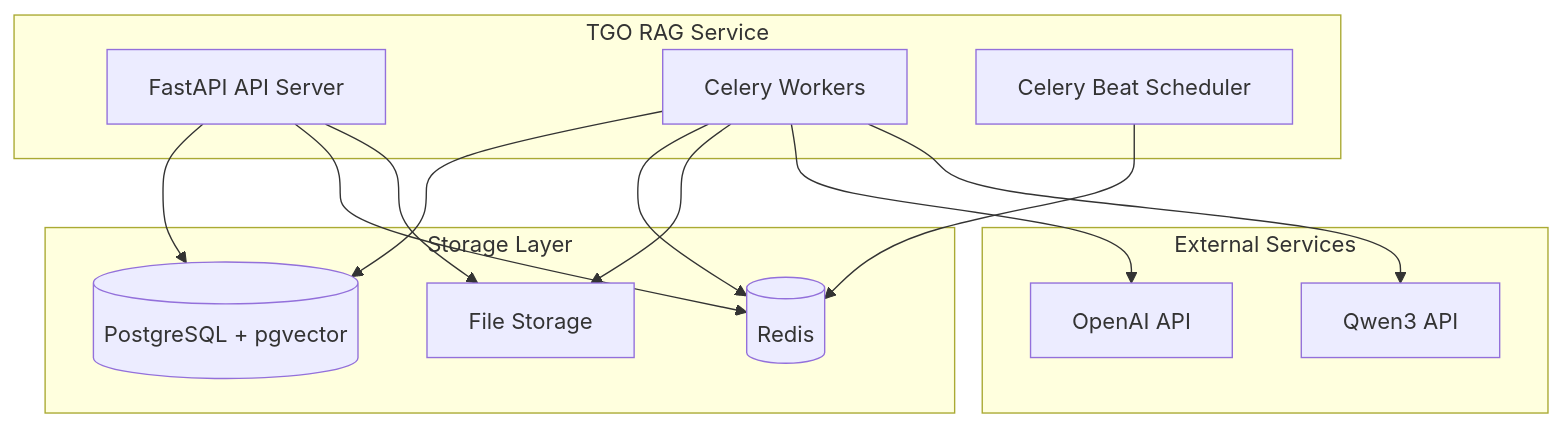
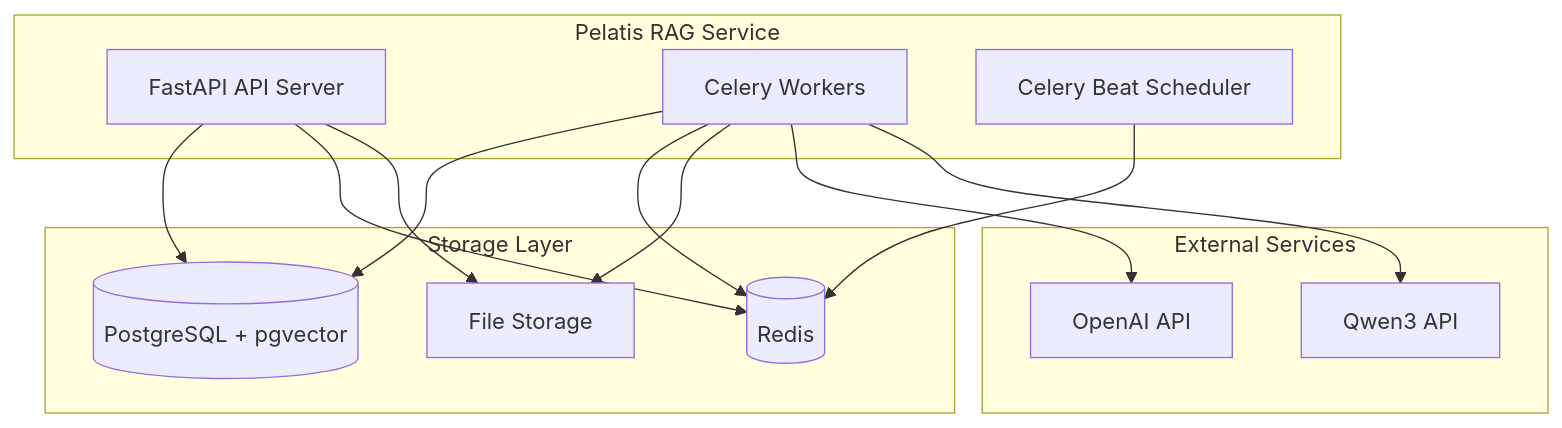
The diagram in repos/tgo-rag/README.md (Dash10107/tgo), drawn with Mermaid before and after one commit. The commit also changed other lines of this file and 639 other files, not shown here.

````diff
--- a/repos/tgo-rag/README.md
+++ b/repos/tgo-rag/README.md
@@ -34,29 +34,29 @@
 ```mermaid
 graph TB
-    subgraph "TGO RAG Service"
+    subgraph "Pelatis RAG Service"
         API[FastAPI API Server]
         WORKER[Celery Workers]
         SCHEDULER[Celery Beat Scheduler]
     end
 
     subgraph "Storage Layer"
         PG[(PostgreSQL + pgvector)]
         REDIS[(Redis)]
         FILES[File Storage]
     end
 
     subgraph "External Services"
         OPENAI[OpenAI API]
         QWEN[Qwen3 API]
     end
 
     API --> PG
     API --> REDIS
     API --> FILES
     WORKER --> PG
     WORKER --> REDIS
     WORKER --> FILES
     WORKER --> OPENAI
     WORKER --> QWEN
     SCHEDULER --> REDIS
 ```
````
